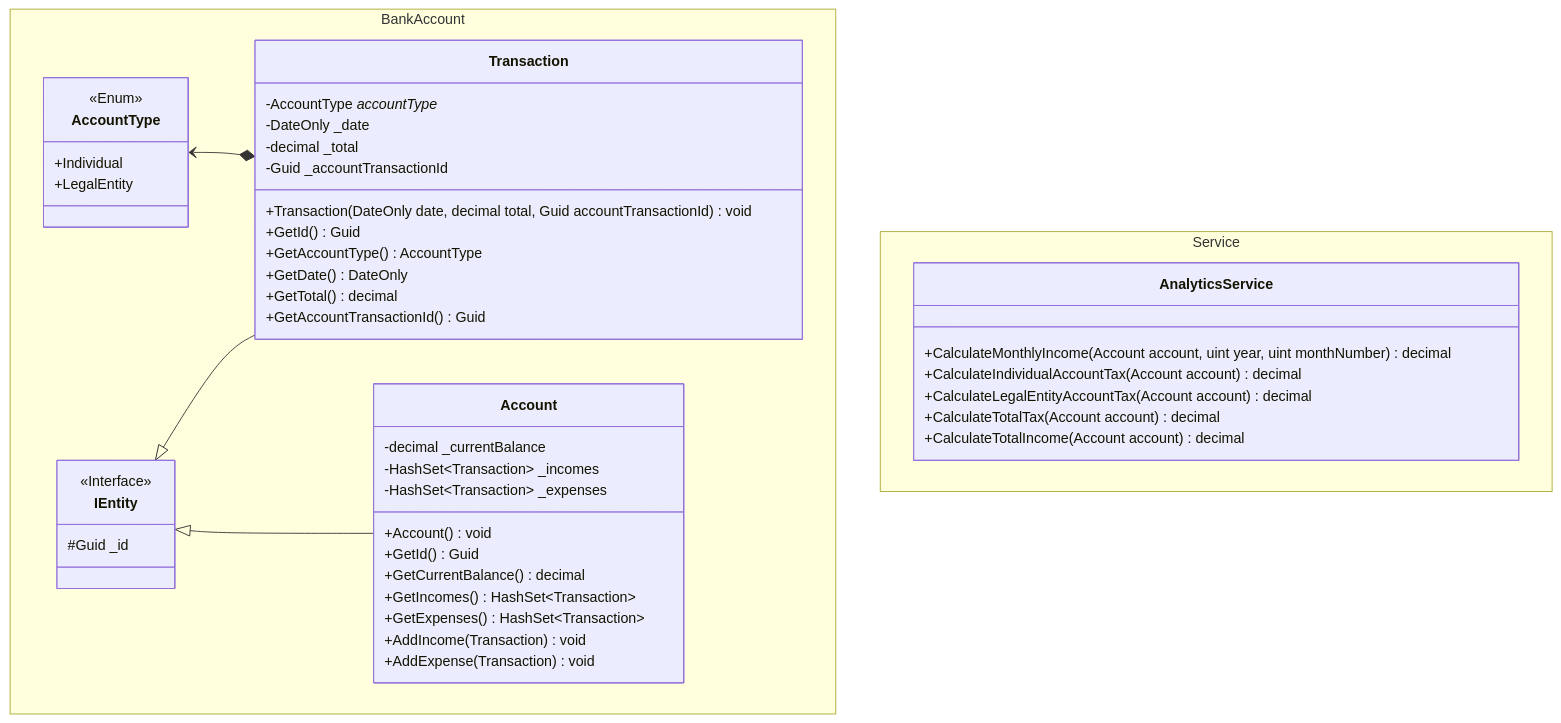
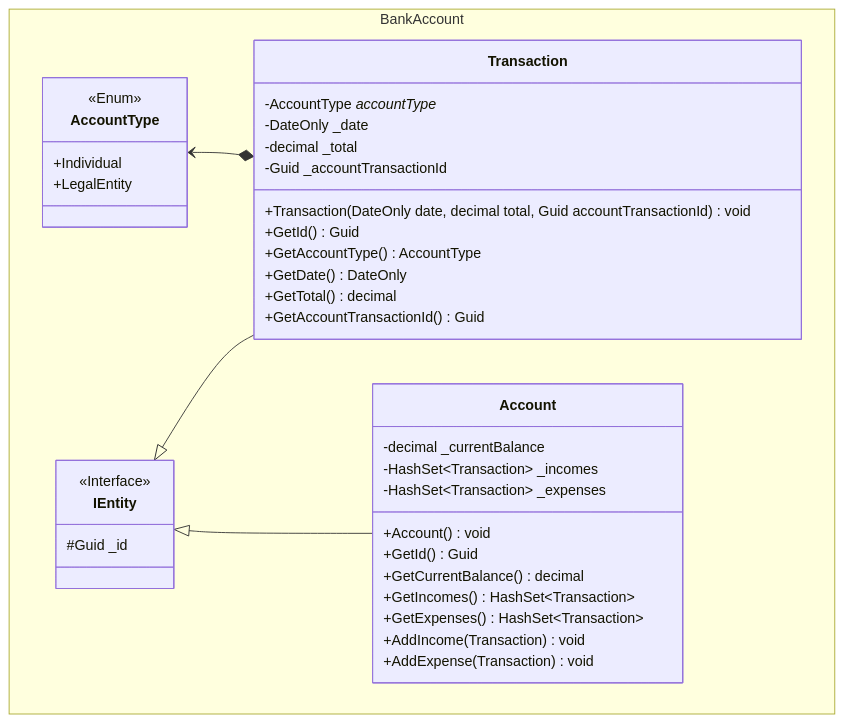
Before and after one commit to normalman101/Business-BS: the first of 2 diagrams in README.md, drawn with Mermaid.

````diff
--- a/README.md
+++ b/README.md
@@ -1,55 +1,44 @@
 ```mermaid
 classDiagram
     namespace BankAccount {
         class IEntity {
             <<Interface>>
             #Guid _id
         }
 
         class AccountType {
             <<Enum>>
             +Individual
             +LegalEntity
         }
 
         class Transaction {
             -AccountType _accountType_
             -DateOnly _date
             -decimal _total
             -Guid _accountTransactionId
             +Transaction(DateOnly date, decimal total, Guid accountTransactionId) void
             +GetId() Guid
             +GetAccountType() AccountType
             +GetDate() DateOnly
             +GetTotal() decimal
             +GetAccountTransactionId() Guid
         }
 
         class Account {
             -decimal _currentBalance
             -HashSet~Transaction~ _incomes
             -HashSet~Transaction~ _expenses
             +Account() void
             +GetId() Guid
             +GetCurrentBalance() decimal
             +GetIncomes() HashSet~Transaction~
             +GetExpenses() HashSet~Transaction~
             +AddIncome(Transaction) void
             +AddExpense(Transaction) void
         }
     }
     AccountType <--* Transaction
     IEntity <|-- Transaction
     IEntity <|-- Account
-
-
-    namespace Service {
-        class AnalyticsService {
-            +CalculateMonthlyIncome(Account account, uint year, uint monthNumber) decimal
-            +CalculateIndividualAccountTax(Account account) decimal
-            +CalculateLegalEntityAccountTax(Account account) decimal
-            +CalculateTotalTax(Account account) decimal
-            +CalculateTotalIncome(Account account) decimal
-        }
-    }
 ```
````
